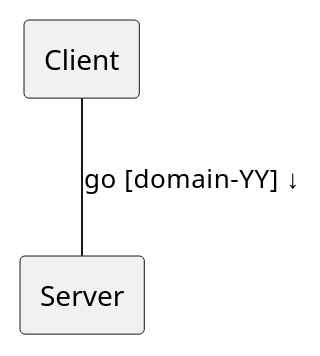
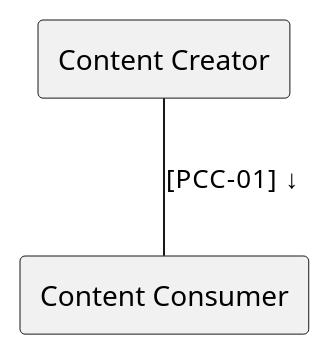
One commit to IHE/PCC.PCS changed the diagram in input/images-source/ActorsAndTransactions.plantuml. Above: the diagram before and after it, drawn with PlantUML. The commit also changed 2 other files, not shown here.

```diff
--- a/input/images-source/ActorsAndTransactions.plantuml
+++ b/input/images-source/ActorsAndTransactions.plantuml
@@ -1,5 +1,5 @@
 @startuml
-agent "Client" as Client
-agent "Server" as Server
-Client -- Server : "go [domain-YY] ↓"
+agent "Content Creator" as Client
+agent "Content Consumer" as Server
+Client -- Server : "[PCC-01] ↓"
 @enduml
```
